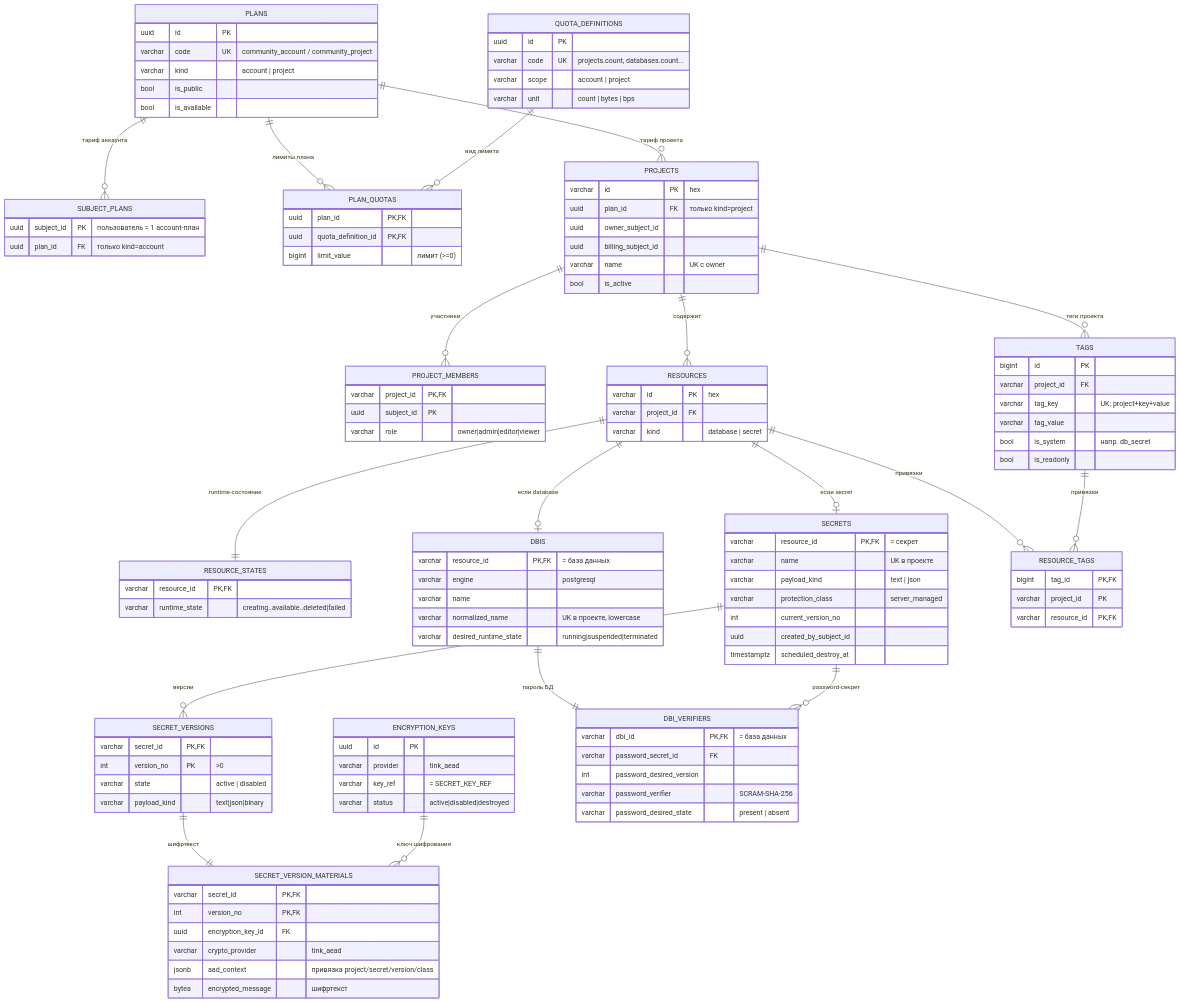
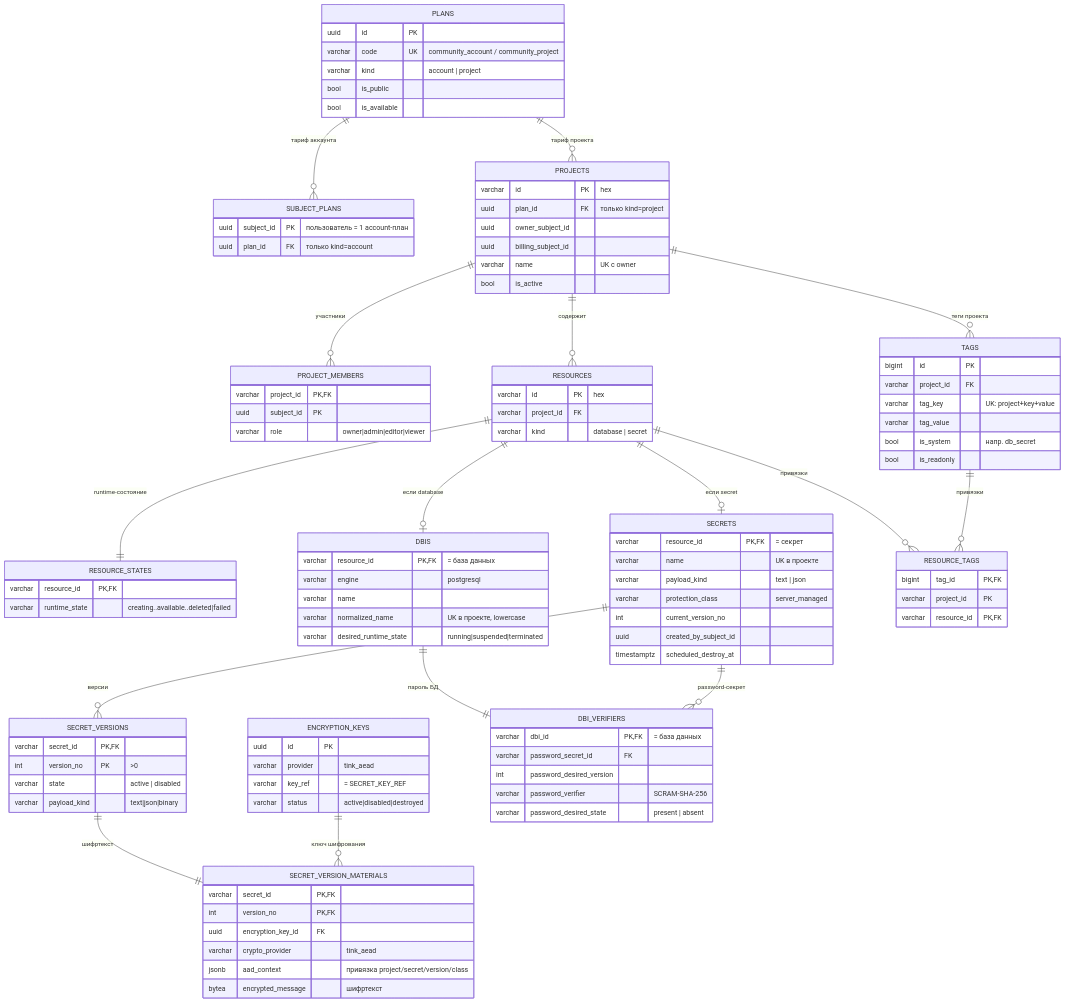
The first of 2 diagrams in db/SCHEMA.md (sb0rka/sb0rka), drawn with Mermaid before and after one commit. The commit also changed other lines of this file and 1 other file, not shown here.

Commit message:
Plans schema update

````diff
--- a/db/SCHEMA.md
+++ b/db/SCHEMA.md
@@ -11,8 +11,6 @@
 ```mermaid
 erDiagram
     PLANS ||--o{ SUBJECT_PLANS : "тариф аккаунта"
-    PLANS ||--o{ PLAN_QUOTAS : "лимиты плана"
-    QUOTA_DEFINITIONS ||--o{ PLAN_QUOTAS : "вид лимита"
     PLANS ||--o{ PROJECTS : "тариф проекта"
     PROJECTS ||--o{ PROJECT_MEMBERS : "участники"
     PROJECTS ||--o{ RESOURCES : "содержит"
@@ -38,17 +36,6 @@
     SUBJECT_PLANS {
         uuid subject_id PK "пользователь = 1 account-план"
         uuid plan_id FK "только kind=account"
-    }
-    QUOTA_DEFINITIONS {
-        uuid id PK
-        varchar code UK "projects.count, databases.count..."
-        varchar scope "account | project"
-        varchar unit "count | bytes | bps"
-    }
-    PLAN_QUOTAS {
-        uuid plan_id PK,FK
-        uuid quota_definition_id PK,FK
-        bigint limit_value "лимит (>=0)"
     }
     PROJECTS {
         varchar id PK "hex"
````
